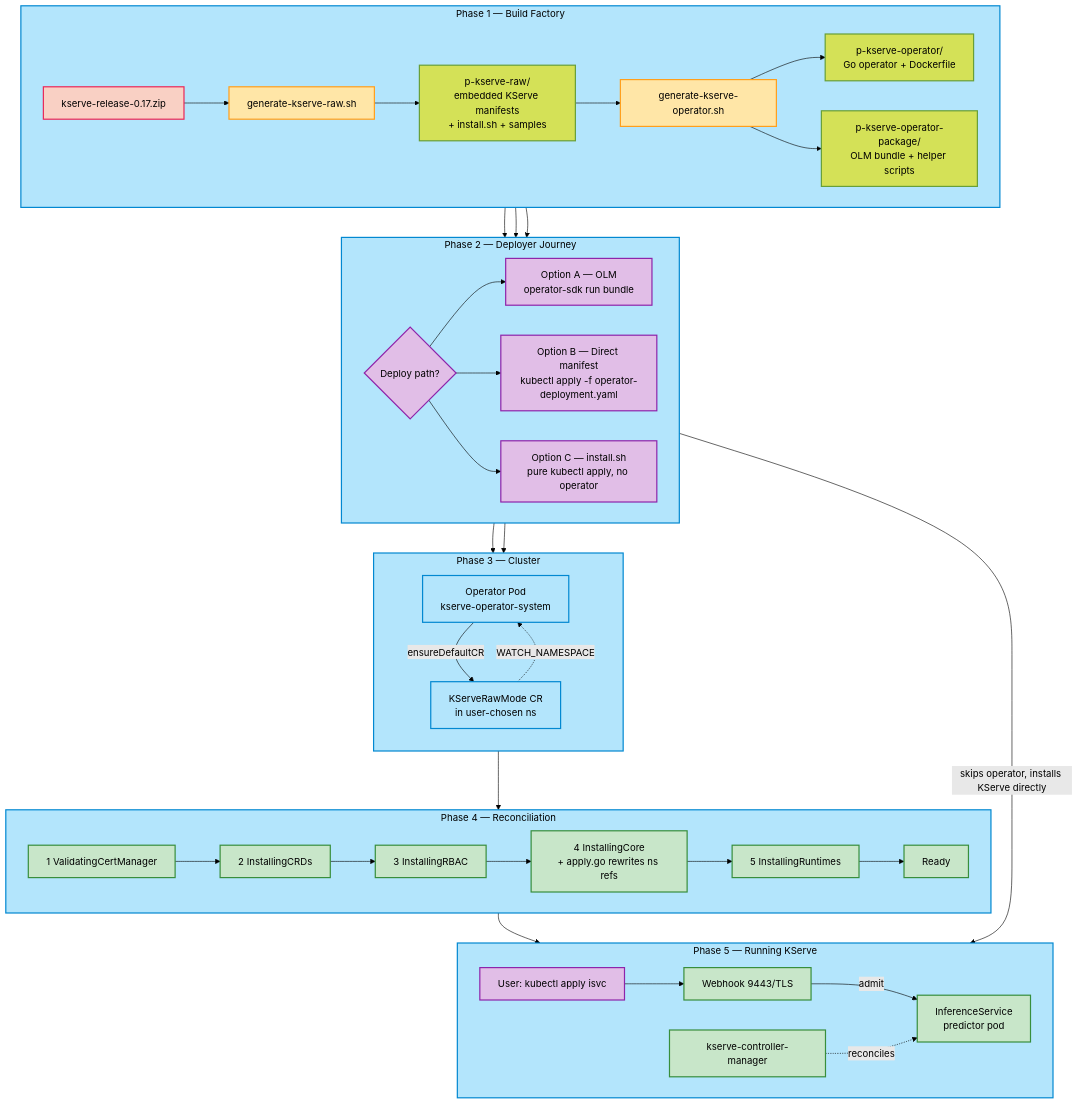
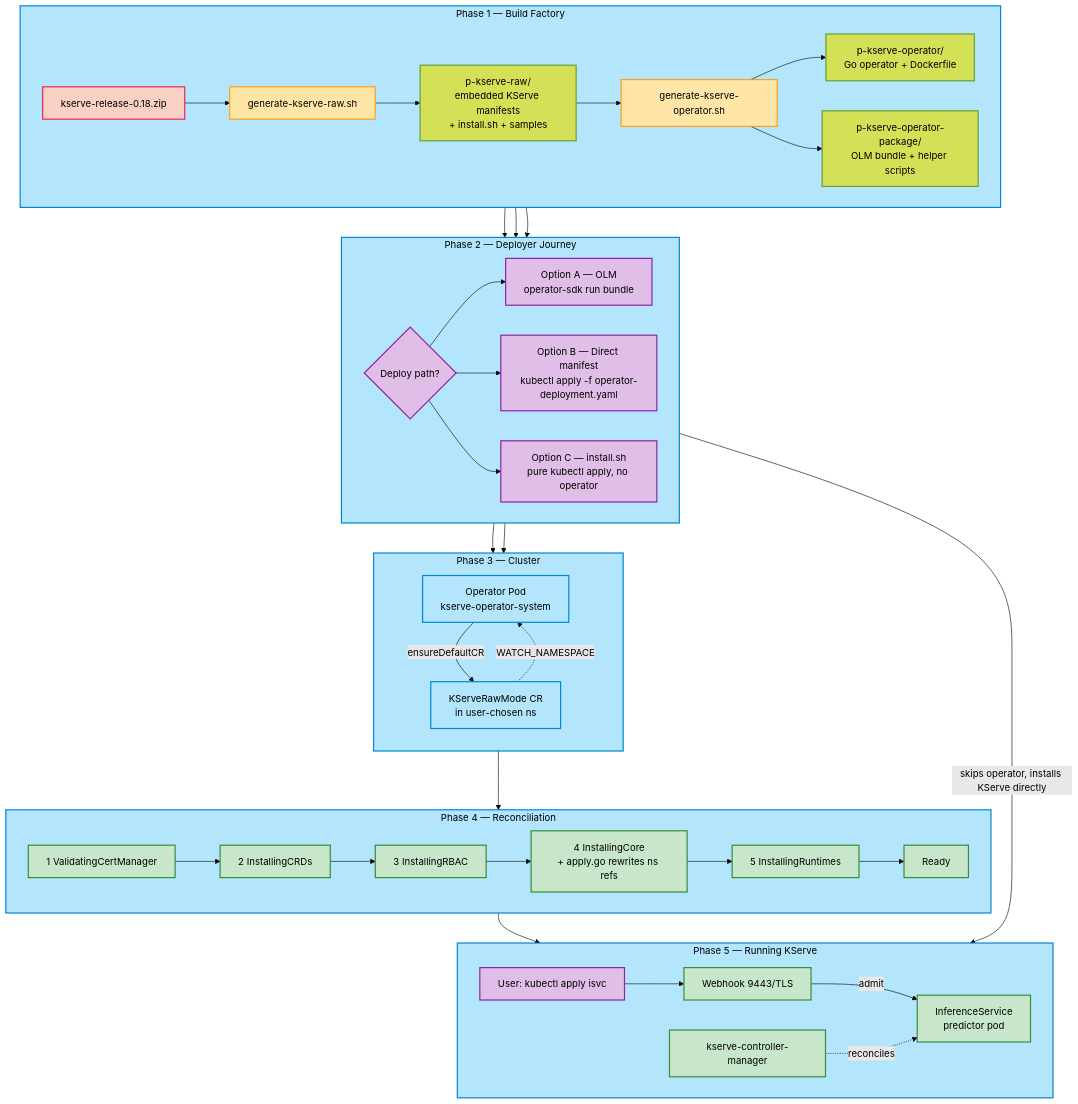
Before and after one commit to skyakash/kserve-op: the first of 6 diagrams in extra-docs/architecture-overview.md, drawn with Mermaid (forest theme). The commit also changed 7 other files, not shown here.

````diff
--- a/extra-docs/architecture-overview.md
+++ b/extra-docs/architecture-overview.md
@@ -11,71 +11,71 @@
 ```mermaid
 graph TB
     classDef source fill:#f9d0c4,stroke:#e92758,stroke-width:2px,color:#000
     classDef gen fill:#ffe6a7,stroke:#ff9f1c,stroke-width:2px,color:#000
     classDef artifact fill:#d4e157,stroke:#689f38,stroke-width:2px,color:#000
     classDef cluster fill:#b3e5fc,stroke:#0288d1,stroke-width:2px,color:#000
     classDef ops fill:#e1bee7,stroke:#8e24aa,stroke-width:2px,color:#000
     classDef runtime fill:#c8e6c9,stroke:#388e3c,stroke-width:2px,color:#000
 
     subgraph PHASE1[Phase 1 — Build Factory]
         direction LR
-        ZIP[kserve-release-0.17.zip]:::source
+        ZIP[kserve-release-0.18.zip]:::source
         GEN1[generate-kserve-raw.sh]:::gen
         GEN2[generate-kserve-operator.sh]:::gen
         ZIP --> GEN1
         GEN1 --> RAW[p-kserve-raw/<br/>embedded KServe manifests<br/>+ install.sh + samples]:::artifact
         RAW --> GEN2
         GEN2 --> OP[p-kserve-operator/<br/>Go operator + Dockerfile]:::artifact
         GEN2 --> PKG[p-kserve-operator-package/<br/>OLM bundle + helper scripts]:::artifact
     end
 
     subgraph PHASE2[Phase 2 — Deployer Journey]
         direction LR
         CHOICE{Deploy path?}:::ops
         OPTA[Option A — OLM<br/>operator-sdk run bundle]:::ops
         OPTB[Option B — Direct manifest<br/>kubectl apply -f operator-deployment.yaml]:::ops
         OPTC[Option C — install.sh<br/>pure kubectl apply, no operator]:::ops
         CHOICE --> OPTA
         CHOICE --> OPTB
         CHOICE --> OPTC
     end
 
     subgraph PHASE3[Phase 3 — Cluster]
         direction TB
         OPPOD[Operator Pod<br/>kserve-operator-system]:::cluster
         CR[KServeRawMode CR<br/>in user-chosen ns]:::cluster
         OPPOD -- ensureDefaultCR --> CR
         CR -. WATCH_NAMESPACE .-> OPPOD
     end
 
     subgraph PHASE4[Phase 4 — Reconciliation]
         direction LR
         R1[1 ValidatingCertManager]:::runtime
         R2[2 InstallingCRDs]:::runtime
         R3[3 InstallingRBAC]:::runtime
         R4[4 InstallingCore<br/>+ apply.go rewrites ns refs]:::runtime
         R5[5 InstallingRuntimes]:::runtime
         R6[Ready]:::runtime
         R1 --> R2 --> R3 --> R4 --> R5 --> R6
     end
 
     subgraph PHASE5[Phase 5 — Running KServe]
         direction LR
         KCM[kserve-controller-manager]:::runtime
         WEBHOOK[Webhook 9443/TLS]:::runtime
         ISVC[InferenceService<br/>predictor pod]:::runtime
         USER[User: kubectl apply isvc]:::ops
         USER --> WEBHOOK
         WEBHOOK -- admit --> ISVC
         KCM -. reconciles .-> ISVC
     end
 
     PKG --> CHOICE
     OP --> CHOICE
     RAW --> OPTC
     OPTA --> OPPOD
     OPTB --> OPPOD
     OPTC -- skips operator, installs KServe directly --> KCM
     CR --> R1
     R6 --> KCM
 ```
````
